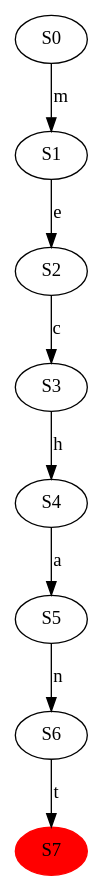
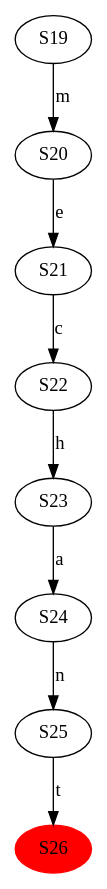
One commit to Adpa18/RushHell changed the diagram in purgatory/etape6/mechant.dot. Above: the diagram before and after it, drawn with Graphviz. The commit also changed 10 other files, not shown here.

```diff
--- a/purgatory/etape6/mechant.dot
+++ b/purgatory/etape6/mechant.dot
@@ -1,10 +1,10 @@
 digraph fsa {
-  S0 -> S1 [label="m"];
-  S1 -> S2 [label="e"];
-  S2 -> S3 [label="c"];
-  S3 -> S4 [label="h"];
-  S4 -> S5 [label="a"];
-  S5 -> S6 [label="n"];
-  S6 -> S7 [label="t"];
-  S7 [style="filled" color="red"]
+  S19 -> S20 [label="m"];
+  S20 -> S21 [label="e"];
+  S21 -> S22 [label="c"];
+  S22 -> S23 [label="h"];
+  S23 -> S24 [label="a"];
+  S24 -> S25 [label="n"];
+  S25 -> S26 [label="t"];
+  S26 [style="filled" color="red"]
 }
```
